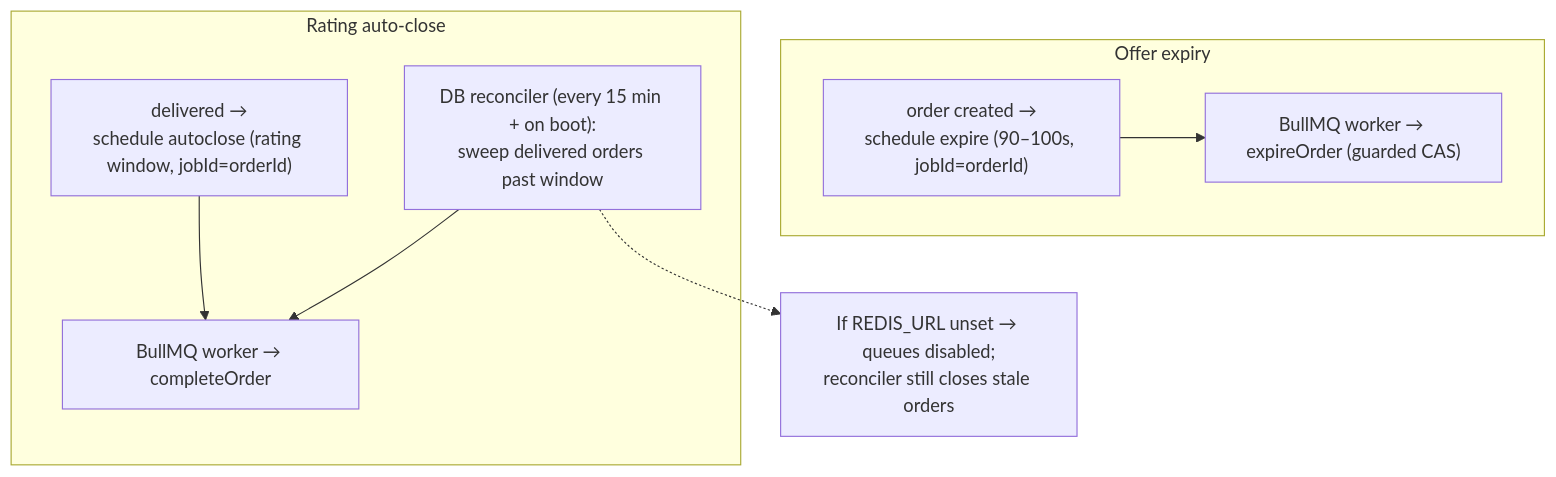
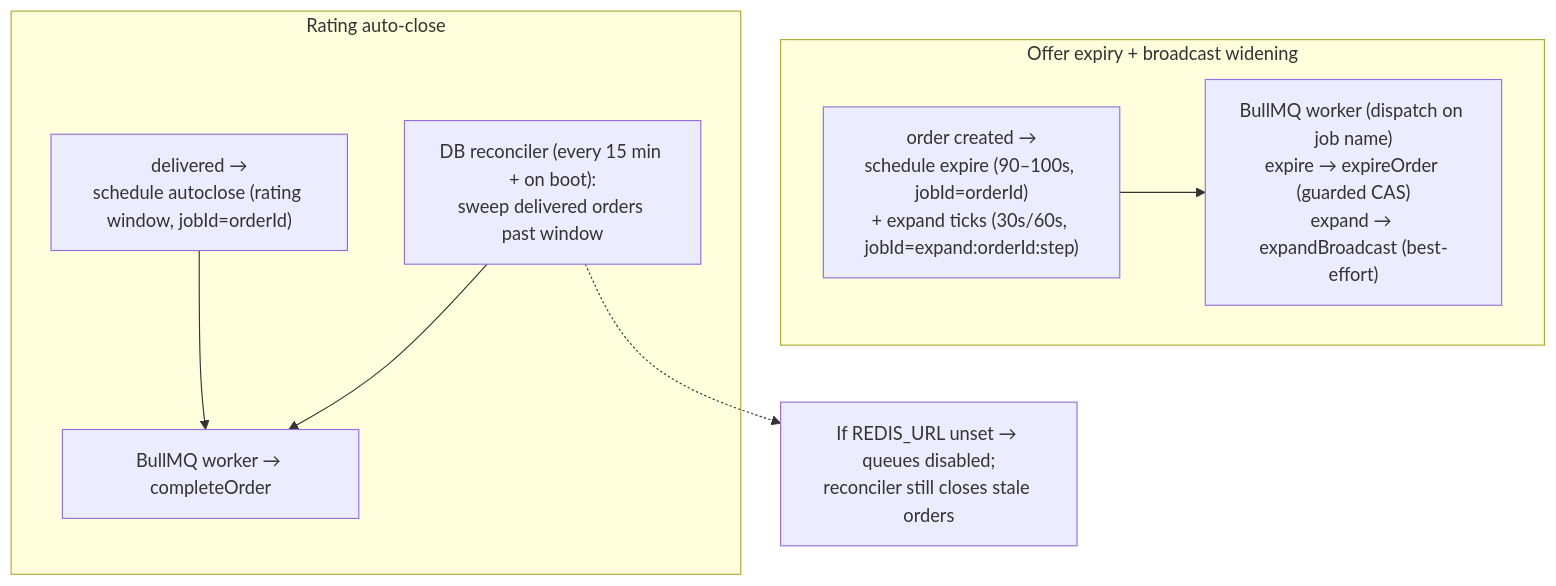
Before and after one commit to unnfazzed/Lynia: diagram 15 of 16 in docs/ARCHITECTURE.md, drawn with Mermaid. The commit also changed other lines of this file and 2 other files, not shown here.

First line of the commit message:
docs(broadcast): document the widening broadcast (PR #210) + log BR-01..03 in the bug ledger

````diff
--- a/docs/ARCHITECTURE.md
+++ b/docs/ARCHITECTURE.md
@@ -940,19 +970,19 @@
 ```mermaid
 graph TB
-    subgraph offer["Offer expiry"]
-        o1["order created →<br/>schedule expire (90–100s, jobId=orderId)"]
-        o2["BullMQ worker → expireOrder (guarded CAS)"]
+    subgraph offer["Offer expiry + broadcast widening"]
+        o1["order created →<br/>schedule expire (90–100s, jobId=orderId)<br/>+ expand ticks (30s/60s, jobId=expand:orderId:step)"]
+        o2["BullMQ worker (dispatch on job name)<br/>expire → expireOrder (guarded CAS)<br/>expand → expandBroadcast (best-effort)"]
         o1 --> o2
     end
 
     subgraph close["Rating auto-close"]
         c1["delivered →<br/>schedule autoclose (rating window, jobId=orderId)"]
         c2["BullMQ worker → completeOrder"]
         c3["DB reconciler (every 15 min + on boot):<br/>sweep delivered orders past window"]
         c1 --> c2
         c3 --> c2
     end
 
     note1["If REDIS_URL unset → queues disabled;<br/>reconciler still closes stale orders"]
     c3 -.-> note1
 ```
````
